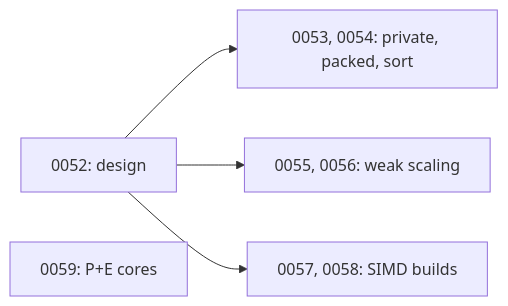
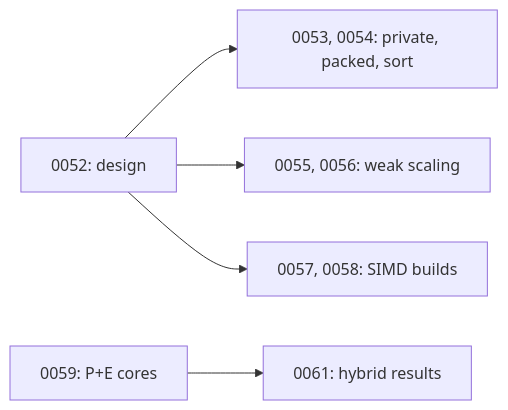
One commit to DavidCCoimbra/Scalability-of-Parallel-Code-in-WebAssembly-in-the-Browser-vs-Native changed the diagram in docs/adr/extras/README.md. Above: the diagram before and after it, drawn with Mermaid. The commit also changed other lines of this file and 16 other files, not shown here.

````diff
--- a/docs/adr/extras/README.md
+++ b/docs/adr/extras/README.md
@@ -18,7 +19,7 @@
 ```mermaid
 flowchart LR
     design["0052: design"] --> extras["0053, 0054: private, packed, sort"]
     design --> weak["0055, 0056: weak scaling"]
     design --> simd["0057, 0058: SIMD builds"]
-    hybrid["0059: P+E cores"]
+    hybrid["0059: P+E cores"] --> hybridresults["0061: hybrid results"]
 ```
````
